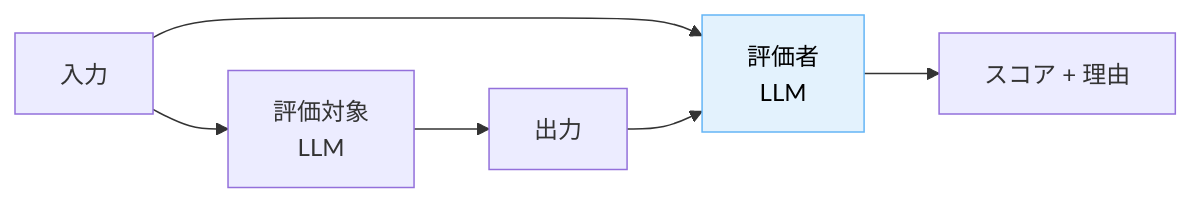
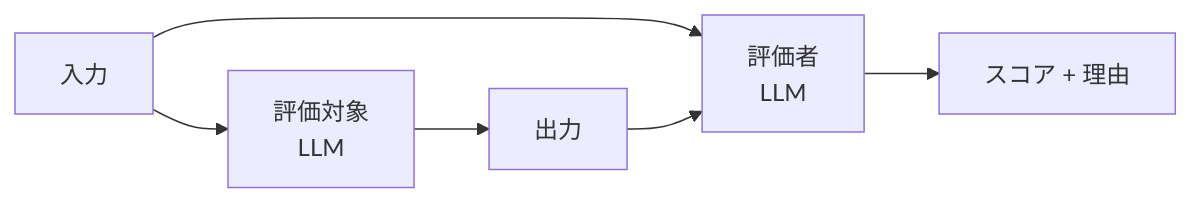
The second of 2 diagrams in docs/concepts/eval-driven-development-llm-機能開発は評価から始める.md (dinekt/dinekt-wiki), drawn with Mermaid before and after one commit. The commit also changed other lines of this file and 70 other files, not shown here.

First line of the commit message:
fix(mermaid): strip all inline styling, rely on theme

````diff
--- a/docs/concepts/eval-driven-development-llm-機能開発は評価から始める.md
+++ b/docs/concepts/eval-driven-development-llm-機能開発は評価から始める.md
@@ -59,10 +57,9 @@
 ```mermaid
 flowchart LR
     I[入力] --> M[評価対象<br/>LLM]
     M --> O[出力]
     I --> J[評価者<br/>LLM]
     O --> J
     J --> S[スコア + 理由]
 
-    style J fill:#e3f2fd,stroke:#64b5f6,color:#000
 ```
````
